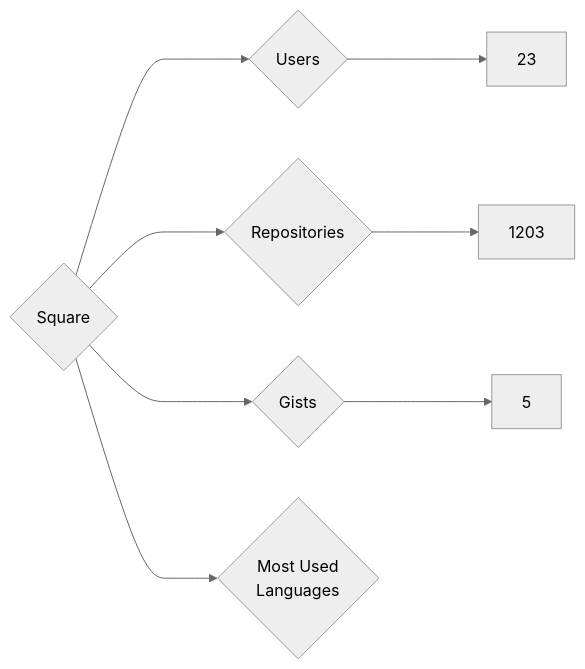
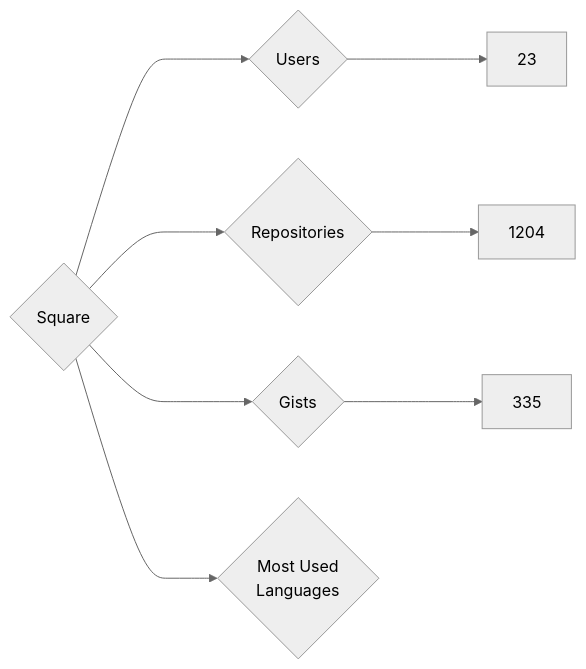
The diagram in targets/Square/README.md (nenadzaric/insiders), drawn with Mermaid (neutral theme) before and after one commit. The commit also changed 1342 other files, not shown here.

````diff
--- a/targets/Square/README.md
+++ b/targets/Square/README.md
@@ -3,8 +3,8 @@
 ```mermaid
 graph LR
 COMPANY_NAME{Square}
 COMPANY_NAME ---> U{Users} ---> UN[23]
-COMPANY_NAME ---> R{Repositories} ---> RN[1203]
-COMPANY_NAME ---> G{Gists} ---> GN[5]
+COMPANY_NAME ---> R{Repositories} ---> RN[1204]
+COMPANY_NAME ---> G{Gists} ---> GN[335]
 COMPANY_NAME ---> ML{Most Used<br>Languages}
 ```
````
